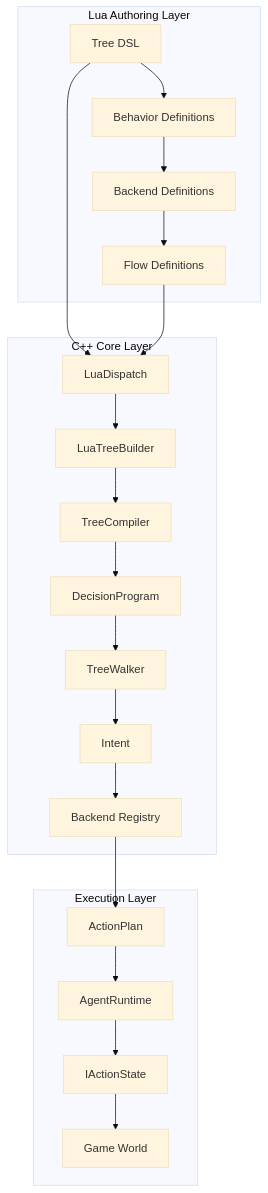
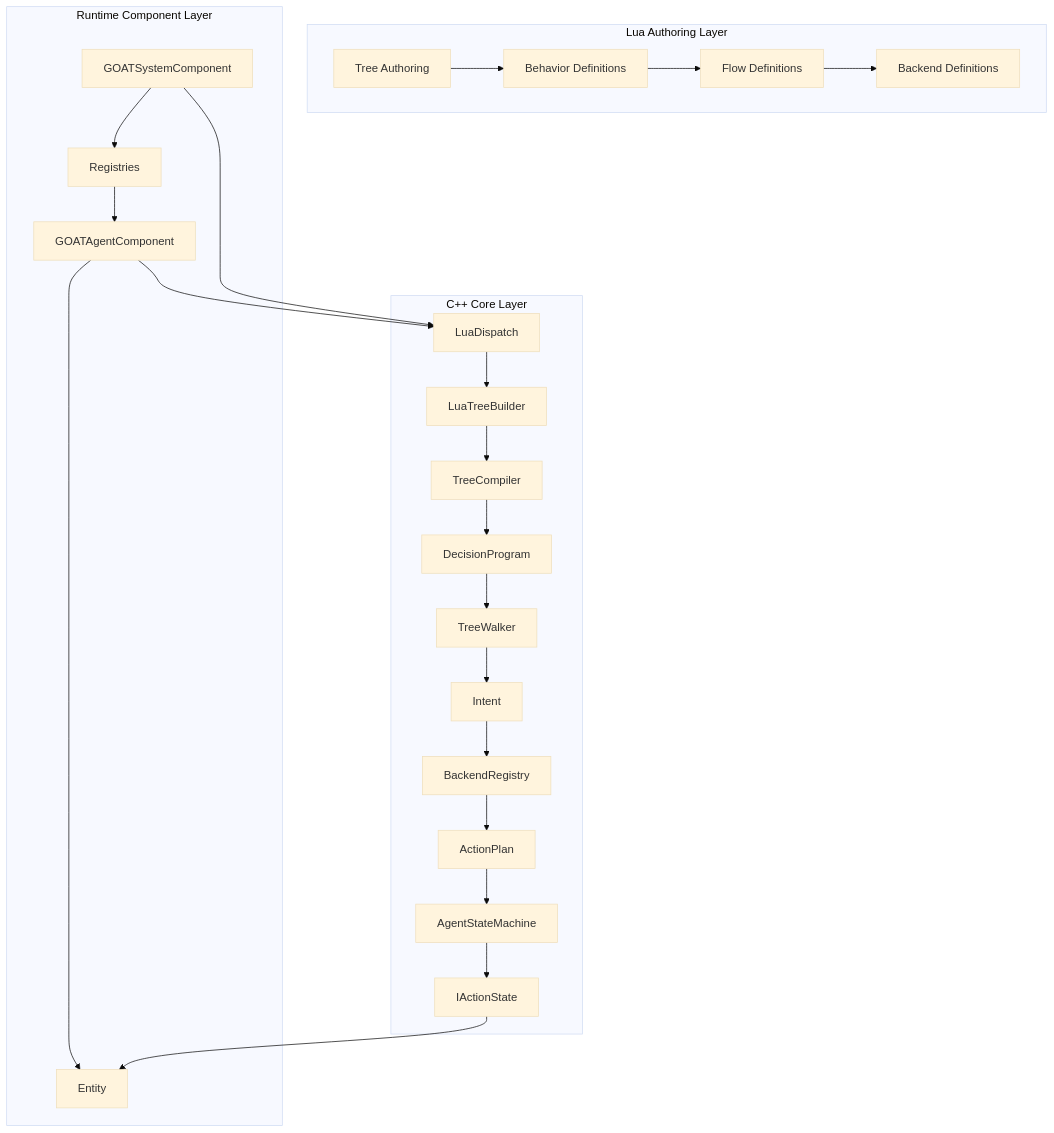
One commit to jabbadablack/G.O.A.T changed the diagram in Docs/00 - Theory/Design Principles.md. Above: the diagram before and after it, drawn with Mermaid (base theme). The commit also changed other lines of this file and 82 other files, not shown here.

````diff
--- a/Docs/00 - Theory/Design Principles.md
+++ b/Docs/00 - Theory/Design Principles.md
@@ -27,27 +39,30 @@
 ```mermaid
 graph TD
-    subgraph Authoring[Lua Authoring Layer]
-        A[Tree DSL] --> B[Behavior Definitions]
-        B --> C[Backend Definitions]
-        C --> D[Flow Definitions]
+    subgraph Lua[Lua Authoring Layer]
+        A[Tree Authoring] --> B[Behavior Definitions]
+        B --> C[Flow Definitions]
+        C --> D[Backend Definitions]
     end
 
     subgraph Core[C++ Core Layer]
         E[LuaDispatch] --> F[LuaTreeBuilder]
         F --> G[TreeCompiler]
         G --> H[DecisionProgram]
         H --> I[TreeWalker]
         I --> J[Intent]
-        J --> K[Backend Registry]
+        J --> K[BackendRegistry]
+        K --> L[ActionPlan]
+        L --> M[AgentStateMachine]
+        M --> N[IActionState]
     end
 
-    subgraph Execution[Execution Layer]
-        K --> L[ActionPlan]
-        L --> M[AgentRuntime]
-        M --> N[IActionState]
-        N --> O[Game World]
+    subgraph Runtime[Runtime Component Layer]
+        O[GOATAgentComponent] --> E
+        P[GOATSystemComponent] --> E
+        O --> Q[Entity]
+        P --> R[Registries]
     end
 
-    A --> E
-    D --> E
+    N --> Q
+    R --> O
 ```
````
